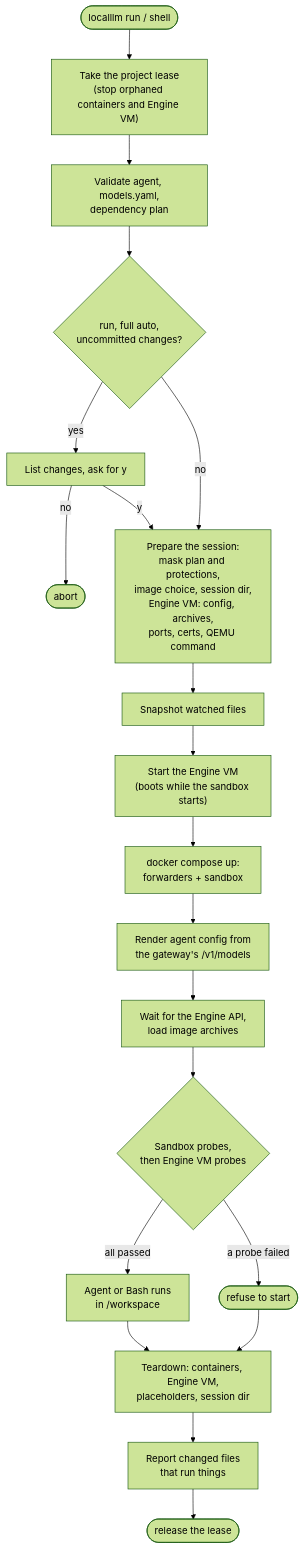
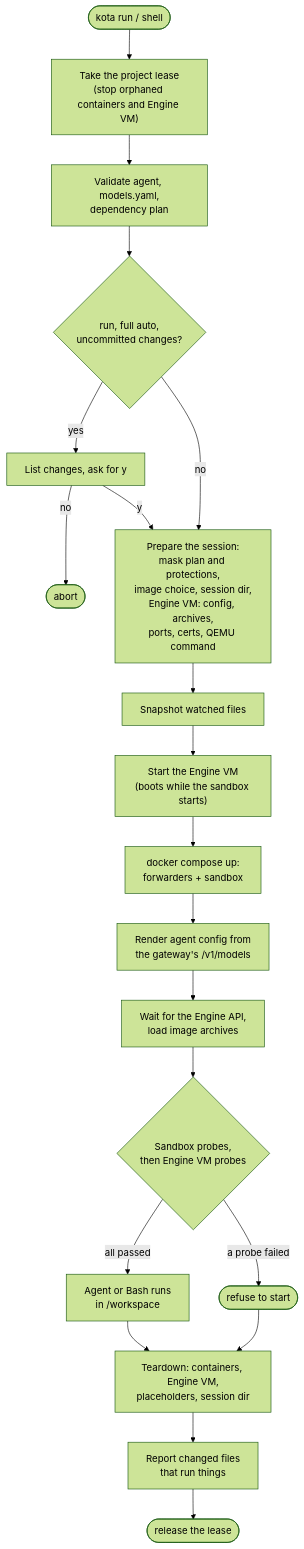
Before and after one commit to cyky/kota: the third of 5 diagrams in docs/architecture.md, drawn with Mermaid (forest theme). The commit also changed other lines of this file and 65 other files, not shown here.

First line of the commit message:
feat: rename the project to kota

````diff
--- a/docs/architecture.md
+++ b/docs/architecture.md
@@ -71,22 +71,22 @@
 ```mermaid
 flowchart TD
-    start(["localllm run / shell"]) --> lease["Take the project lease<br/>(stop orphaned containers and Engine VM)"]
+    start(["kota run / shell"]) --> lease["Take the project lease<br/>(stop orphaned containers and Engine VM)"]
     lease --> validate["Validate agent, models.yaml,<br/>dependency plan"]
     validate --> auto{"run, full auto,<br/>uncommitted changes?"}
     auto -- "yes" --> ask["List changes, ask for y"]
     ask -- "no" --> abort(["abort"])
     ask -- "y" --> prepare
     auto -- "no" --> prepare["Prepare the session:<br/>mask plan and protections,<br/>image choice, session dir,<br/>Engine VM: config, archives,<br/>ports, certs, QEMU command"]
     prepare --> snap["Snapshot watched files"]
     snap --> vmstart["Start the Engine VM<br/>(boots while the sandbox starts)"]
     vmstart --> compose["docker compose up:<br/>forwarders + sandbox"]
     compose --> configure["Render agent config from<br/>the gateway's /v1/models"]
     configure --> ready["Wait for the Engine API,<br/>load image archives"]
     ready --> probes{"Sandbox probes,<br/>then Engine VM probes"}
     probes -- "a probe failed" --> refuse(["refuse to start"])
     probes -- "all passed" --> agent["Agent or Bash runs<br/>in /workspace"]
     agent --> teardown["Teardown: containers, Engine VM,<br/>placeholders, session dir"]
     refuse --> teardown
     teardown --> report["Report changed files<br/>that run things"]
     report --> release(["release the lease"])
 ```
````
